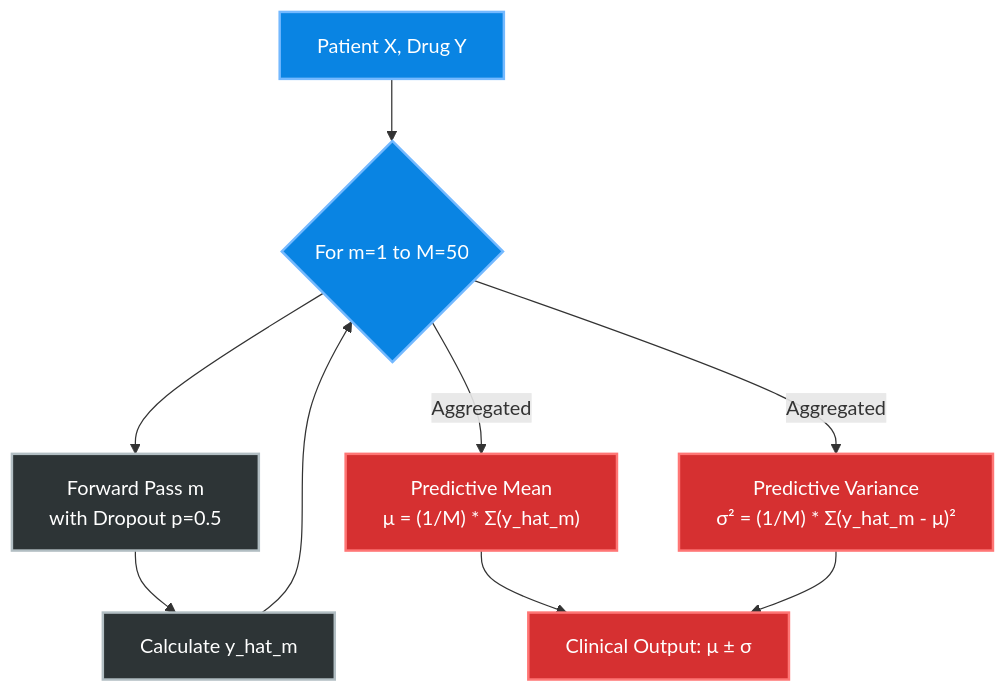
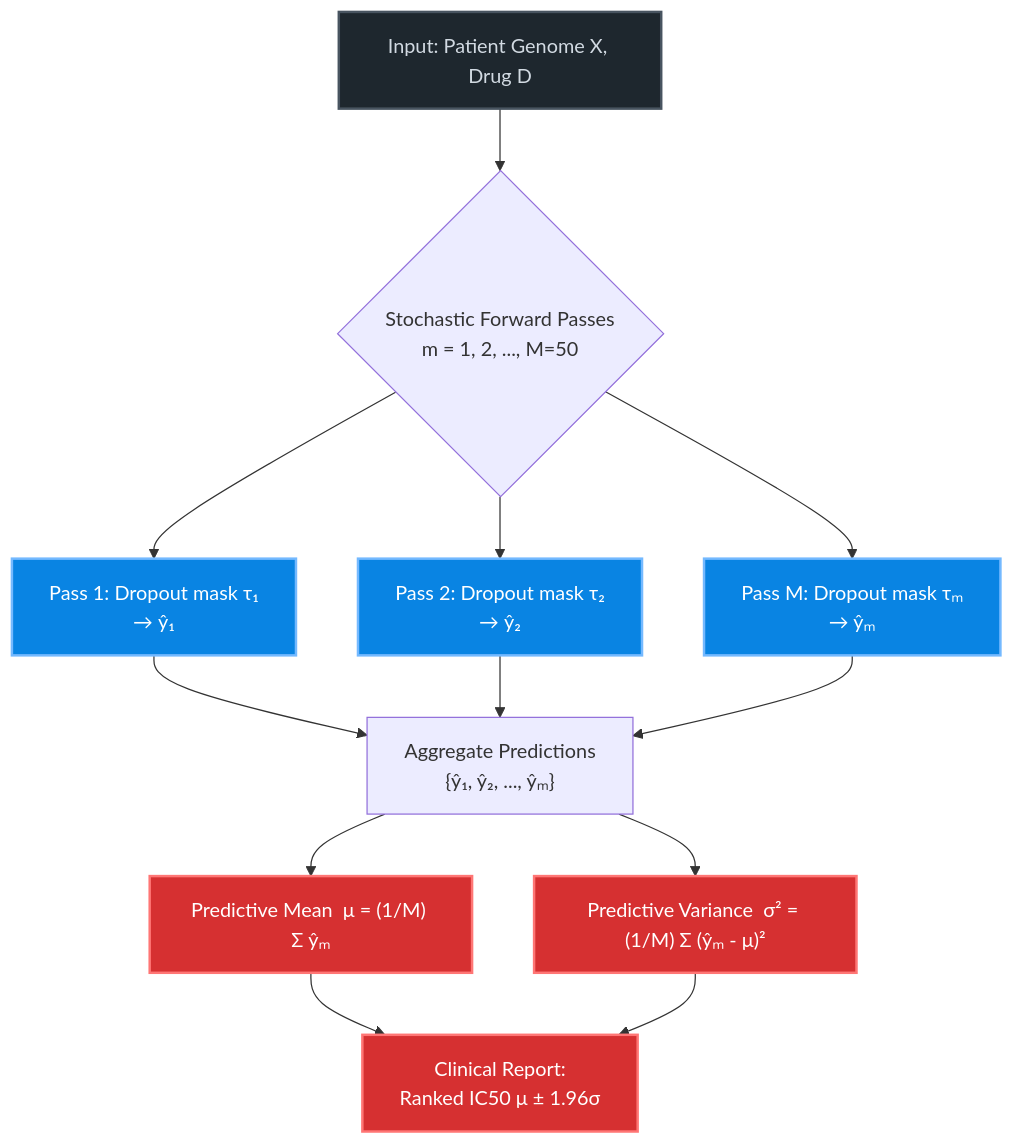
Before and after one commit to Panchadip-128/Cross-Attention-Fusion-based-Drug-Sensitivity-Detection: the sixth of 7 diagrams in README.md, drawn with Mermaid. The commit also changed other lines of this file, not shown here.

Commit message:
docs: complete DeepMind-grade README rewrite with narrative, formal math, and full figure captions

````diff
--- a/README.md
+++ b/README.md
@@ -204,17 +403,27 @@
 ```mermaid
 graph TD
-    classDef math fill:#2d3436,stroke:#b2bec3,stroke-width:2px,color:#fff;
-    classDef logic fill:#0984e3,stroke:#74b9ff,stroke-width:2px,color:#fff;
+    classDef input fill:#1e272e,stroke:#485460,stroke-width:2px,color:#d2dae2;
+    classDef pass fill:#0984e3,stroke:#74b9ff,stroke-width:2px,color:#fff;
     classDef out fill:#d63031,stroke:#ff7675,stroke-width:2px,color:#fff;
 
-    Input["Patient X, Drug Y"]:::logic --> Loop{"For m=1 to M=50"}:::logic
-    Loop --> Pass["Forward Pass m<br>with Dropout p=0.5"]:::math
-    Pass --> Yhat["Calculate y_hat_m"]:::math
-    Yhat --> Loop
-    
-    Loop -->|Aggregated| Mean["Predictive Mean<br>μ = (1/M) * Σ(y_hat_m)"]:::out
-    Loop -->|Aggregated| Var["Predictive Variance<br>σ² = (1/M) * Σ(y_hat_m - μ)²"]:::out
-    
-    Mean --> Final["Clinical Output: μ ± σ"]:::out
-    Var --> Final
+    In["Input: Patient Genome X, Drug D"]:::input
+    In --> Loop{"Stochastic Forward Passes
+m = 1, 2, ..., M=50"}
+    Loop --> P1["Pass 1: Dropout mask τ₁
+→ ŷ₁"]:::pass
+    Loop --> P2["Pass 2: Dropout mask τ₂
+→ ŷ₂"]:::pass
+    Loop --> Pm["Pass M: Dropout mask τₘ
+→ ŷₘ"]:::pass
+
+    P1 --> Agg["Aggregate Predictions
+{ŷ₁, ŷ₂, ..., ŷₘ}"]
+    P2 --> Agg
+    Pm --> Agg
+
+    Agg --> Mu["Predictive Mean  μ = (1/M) Σ ŷₘ"]:::out
+    Agg --> Var["Predictive Variance  σ² = (1/M) Σ (ŷₘ - μ)²"]:::out
+    Mu --> Out["Clinical Report:
+Ranked IC50 μ ± 1.96σ"]:::out
+    Var --> Out
 ```
````
